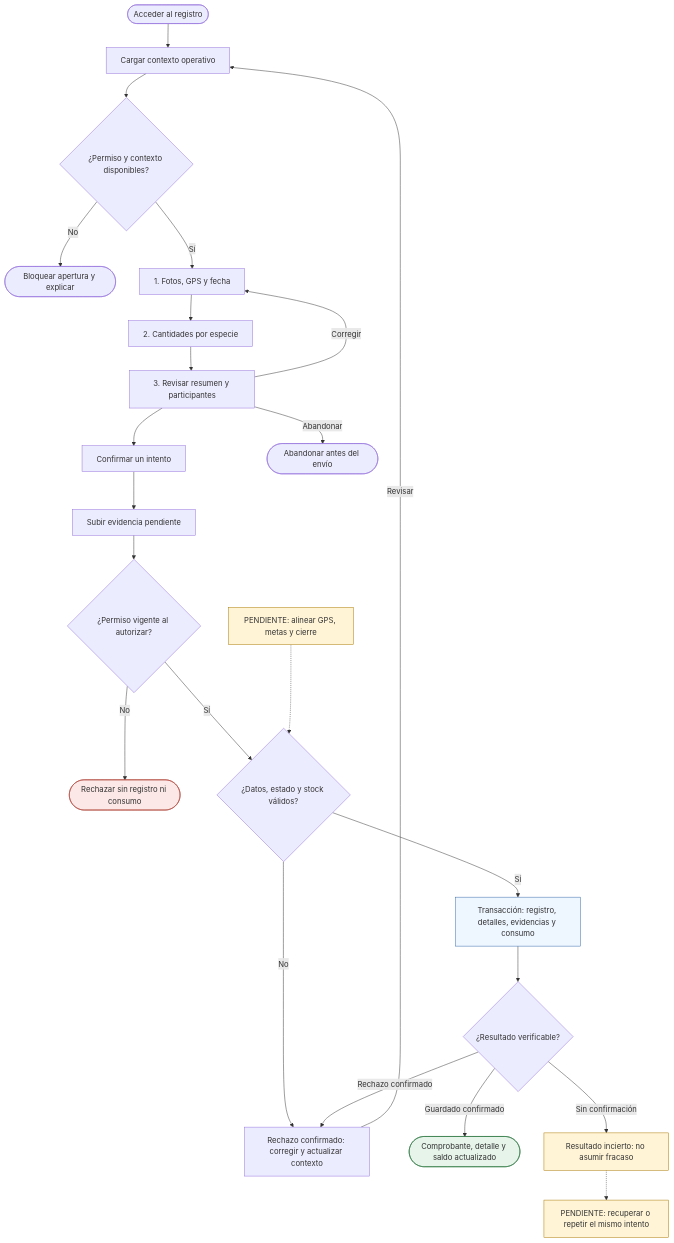
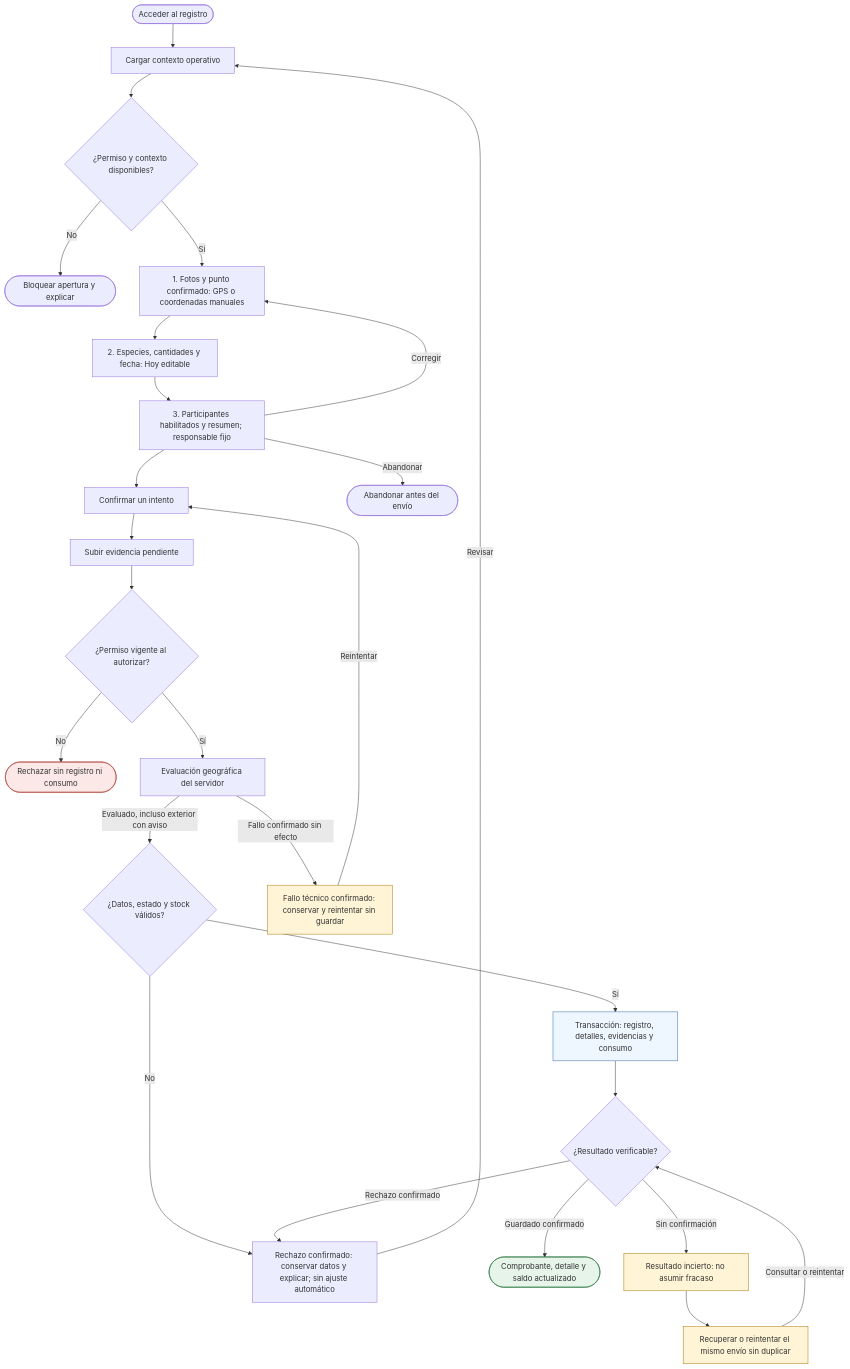
One commit to R3foresta/r3foresta-docs changed the diagram in specs/plantacion/participacion-aliada/diagramas/PA-D03-actividades-registro.mmd. Above: the diagram before and after it, drawn with Mermaid. The commit also changed 44 other files, not shown here.

```diff
--- a/specs/plantacion/participacion-aliada/diagramas/PA-D03-actividades-registro.mmd
+++ b/specs/plantacion/participacion-aliada/diagramas/PA-D03-actividades-registro.mmd
@@ -1,44 +1,48 @@
 flowchart TB
   start(["Acceder al registro"])
   context["Cargar contexto operativo"]
   available{"¿Permiso y contexto disponibles?"}
   blocked(["Bloquear apertura y explicar"])
-  evidence["1. Fotos, GPS y fecha"]
-  quantities["2. Cantidades por especie"]
-  summary["3. Revisar resumen y participantes"]
+  evidence["1. Fotos y punto confirmado: GPS o coordenadas manuales"]
+  quantities["2. Especies, cantidades y fecha: Hoy editable"]
+  summary["3. Participantes habilitados y resumen; responsable fijo"]
   confirm["Confirmar un intento"]
   upload["Subir evidencia pendiente"]
   authorize{"¿Permiso vigente al autorizar?"}
   revoked(["Rechazar sin registro ni consumo"])
   validate{"¿Datos, estado y stock válidos?"}
-  rejected["Rechazo confirmado: corregir y actualizar contexto"]
+  rejected["Rechazo confirmado: conservar datos y explicar; sin ajuste automático"]
   transaction["Transacción: registro, detalles, evidencias y consumo"]
   outcome{"¿Resultado verificable?"}
   success(["Comprobante, detalle y saldo actualizado"])
   uncertain["Resultado incierto: no asumir fracaso"]
-  recover["PENDIENTE: recuperar o repetir el mismo intento"]
+  recover["Recuperar o reintentar el mismo envío sin duplicar"]
   abandon(["Abandonar antes del envío"])
-  align["PENDIENTE: alinear GPS, metas y cierre"]
+  geo["Evaluación geográfica del servidor"]
+  geoFail["Fallo técnico confirmado: conservar y reintentar sin guardar"]
 
   start --> context --> available
   available -->|"No"| blocked
   available -->|"Sí"| evidence --> quantities --> summary --> confirm
   summary -->|"Corregir"| evidence
   summary -->|"Abandonar"| abandon
   confirm --> upload --> authorize
   authorize -->|"No"| revoked
-  authorize -->|"Sí"| validate
+  authorize -->|"Sí"| geo
+  geo -->|"Evaluado, incluso exterior con aviso"| validate
+  geo -->|"Fallo confirmado sin efecto"| geoFail
+  geoFail -->|"Reintentar"| confirm
   validate -->|"No"| rejected
   validate -->|"Sí"| transaction --> outcome
   rejected -->|"Revisar"| context
   outcome -->|"Guardado confirmado"| success
   outcome -->|"Rechazo confirmado"| rejected
   outcome -->|"Sin confirmación"| uncertain
-  uncertain -.-> recover
-  align -.-> validate
+  uncertain --> recover
+  recover -->|"Consultar o reintentar"| outcome
   style transaction fill:#EEF6FF,stroke:#3267A8
   style success fill:#E6F4EA,stroke:#26733B
   style revoked fill:#FCE8E6,stroke:#AD3F35
   style uncertain fill:#FFF4D6,stroke:#A87700
   style recover fill:#FFF4D6,stroke:#A87700
-  style align fill:#FFF4D6,stroke:#A87700
+  style geoFail fill:#FFF4D6,stroke:#A87700
```
